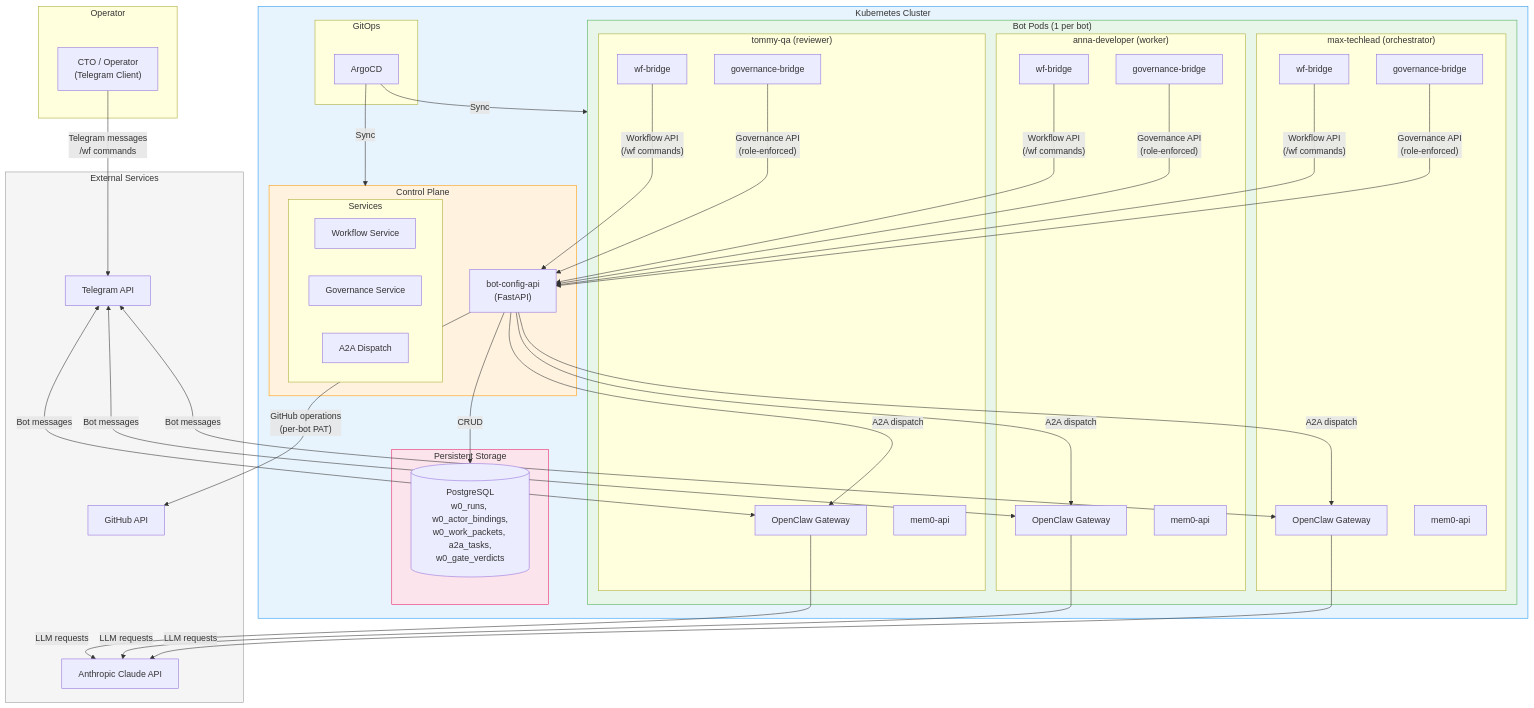
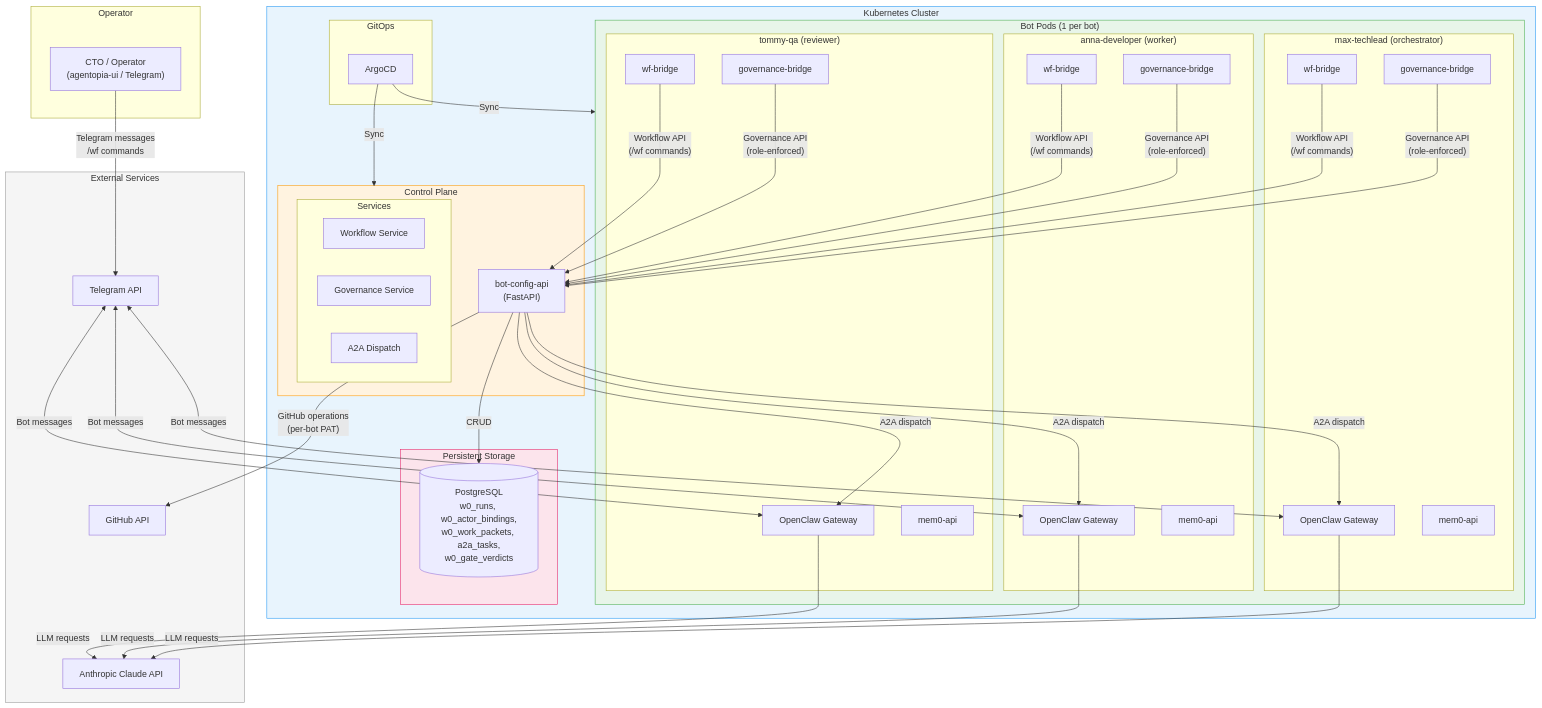
Before and after one commit to ai-agentopia/docs: the first of 3 diagrams in architecture/a2a-solution-protocol.md, drawn with Mermaid. The commit also changed other lines of this file and 12 other files, not shown here.

````diff
--- a/architecture/a2a-solution-protocol.md
+++ b/architecture/a2a-solution-protocol.md
@@ -57,72 +57,72 @@
 ```mermaid
 graph TB
     subgraph External["External Services"]
         TG["Telegram API"]
         GH["GitHub API"]
         LLM["Anthropic Claude API"]
     end
 
     subgraph Operator["Operator"]
-        OP["CTO / Operator<br/>(Telegram Client)"]
+        OP["CTO / Operator<br/>(agentopia-ui / Telegram)"]
     end
 
     subgraph K8s["Kubernetes Cluster"]
         subgraph ControlPlane["Control Plane"]
             API["bot-config-api<br/>(FastAPI)"]
             subgraph APIServices["Services"]
                 WFS["Workflow Service"]
                 GOVS["Governance Service"]
                 A2AS["A2A Dispatch"]
             end
         end
 
         subgraph BotPods["Bot Pods (1 per bot)"]
             subgraph Bot1["max-techlead (orchestrator)"]
                 GW1["OpenClaw Gateway"]
                 GOV1["governance-bridge"]
                 WF1["wf-bridge"]
                 MEM1["mem0-api"]
             end
             subgraph Bot2["anna-developer (worker)"]
                 GW2["OpenClaw Gateway"]
                 GOV2["governance-bridge"]
                 WF2["wf-bridge"]
                 MEM2["mem0-api"]
             end
             subgraph Bot3["tommy-qa (reviewer)"]
                 GW3["OpenClaw Gateway"]
                 GOV3["governance-bridge"]
                 WF3["wf-bridge"]
                 MEM3["mem0-api"]
             end
         end
 
         subgraph Data["Persistent Storage"]
             PG[("PostgreSQL<br/>w0_runs, w0_actor_bindings,<br/>w0_work_packets, a2a_tasks,<br/>w0_gate_verdicts")]
         end
 
         subgraph GitOps["GitOps"]
             ARGO["ArgoCD"]
         end
     end
 
     OP -->|"Telegram messages<br/>/wf commands"| TG
     TG <-->|"Bot messages"| GW1 & GW2 & GW3
 
     GW1 & GW2 & GW3 -->|"LLM requests"| LLM
 
     GOV1 & GOV2 & GOV3 -->|"Governance API<br/>(role-enforced)"| API
     WF1 & WF2 & WF3 -->|"Workflow API<br/>(/wf commands)"| API
 
     API -->|"GitHub operations<br/>(per-bot PAT)"| GH
     API -->|"A2A dispatch"| GW1 & GW2 & GW3
     API -->|"CRUD"| PG
 
     ARGO -->|"Sync"| BotPods & ControlPlane
 
     style External fill:#f5f5f5,stroke:#999
     style K8s fill:#e8f4fd,stroke:#2196F3
     style ControlPlane fill:#fff3e0,stroke:#FF9800
     style BotPods fill:#e8f5e9,stroke:#4CAF50
     style Data fill:#fce4ec,stroke:#E91E63
 ```
````
